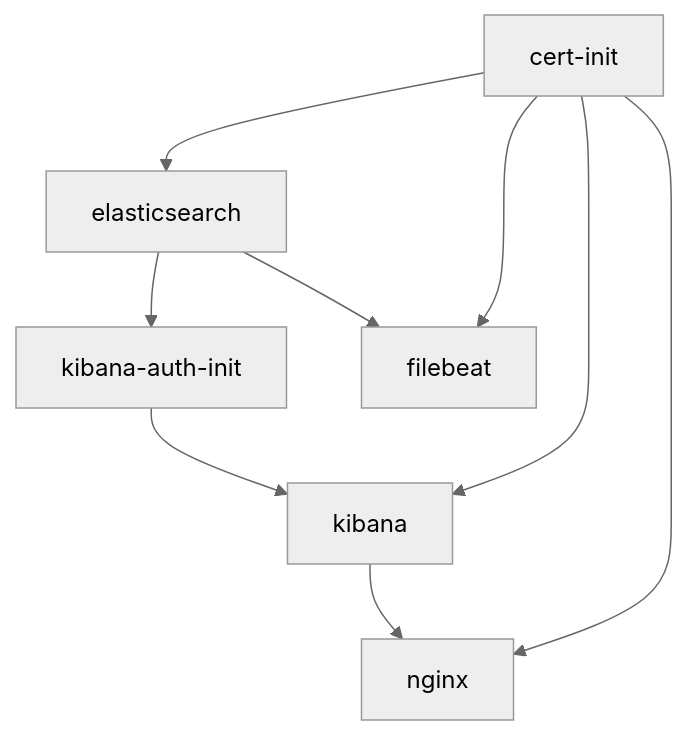
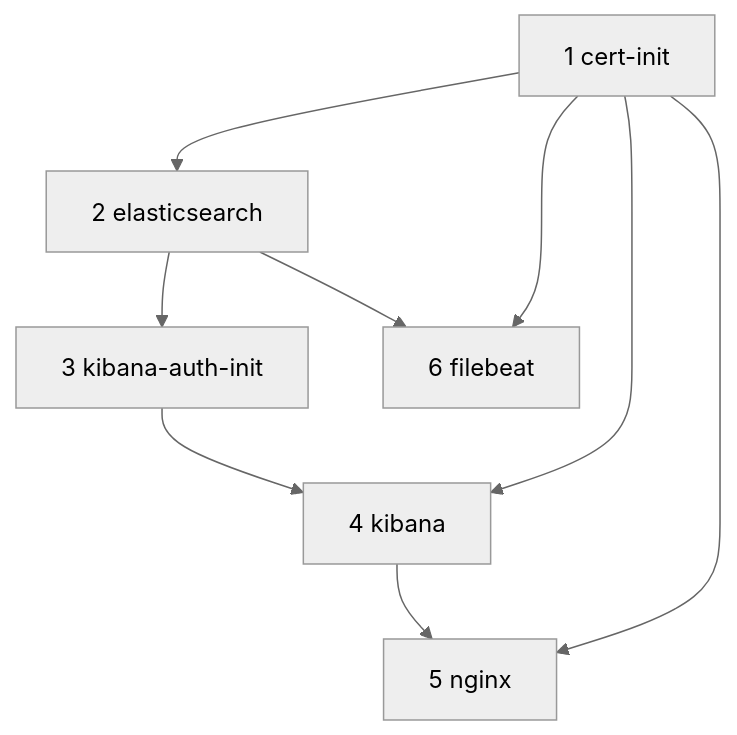
The second of 6 diagrams in docker/docker_6_compose/03_compose_tls_elk_lab.md (hwang-protocol/docker_k8s_2026), drawn with Mermaid (neutral theme) before and after one commit. The commit also changed other lines of this file and 20 other files, not shown here.

````diff
--- a/docker/docker_6_compose/03_compose_tls_elk_lab.md
+++ b/docker/docker_6_compose/03_compose_tls_elk_lab.md
@@ -127,11 +120,11 @@
 ```mermaid
 flowchart TD
-  A[cert-init] --> B[elasticsearch]
-  B --> C[kibana-auth-init]
-  C --> D[kibana]
-  D --> E[nginx]
-  B --> F[filebeat]
+  A[1 cert-init] --> B[2 elasticsearch]
+  B --> C[3 kibana-auth-init]
+  C --> D[4 kibana]
+  D --> E[5 nginx]
+  B --> F[6 filebeat]
   A --> D
   A --> E
   A --> F
 ```
````
